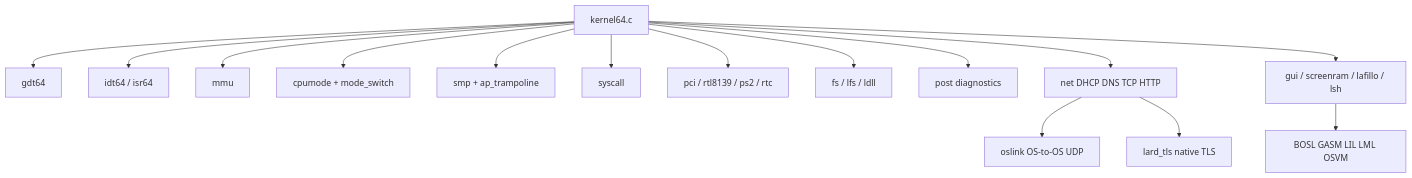
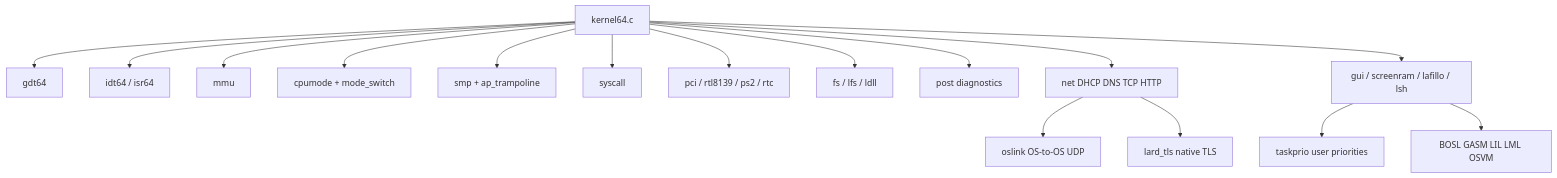
The second of 4 diagrams in os/ARCHITECTURE.md (jgchoimd-web/lardos), drawn with Mermaid before and after one commit. The commit also changed other lines of this file and 11 other files, not shown here.

````diff
--- a/os/ARCHITECTURE.md
+++ b/os/ARCHITECTURE.md
@@ -49,33 +49,35 @@
 ```mermaid
 flowchart TB
     Kmain["kernel64.c"]
     GDT["gdt64"]
     IDT["idt64 / isr64"]
     MMU["mmu"]
     CpuMode["cpumode + mode_switch"]
     SMP["smp + ap_trampoline"]
     Syscall["syscall"]
     Drivers["pci / rtl8139 / ps2 / rtc"]
     Storage["fs / lfs / ldll"]
     POST["post diagnostics"]
     Net["net DHCP DNS TCP HTTP"]
     OSLink["oslink OS-to-OS UDP"]
+    TaskPrio["taskprio user priorities"]
     TLS["lard_tls native TLS"]
     GUI["gui / screenram / lafillo / lsh"]
     VM["BOSL GASM LIL LML OSVM"]
 
     Kmain --> GDT
     Kmain --> IDT
     Kmain --> MMU
     Kmain --> CpuMode
     Kmain --> SMP
     Kmain --> Syscall
     Kmain --> Drivers
     Kmain --> Storage
     Kmain --> POST
     Kmain --> Net
     Net --> OSLink
     Net --> TLS
     Kmain --> GUI
+    GUI --> TaskPrio
     GUI --> VM
 ```
````
